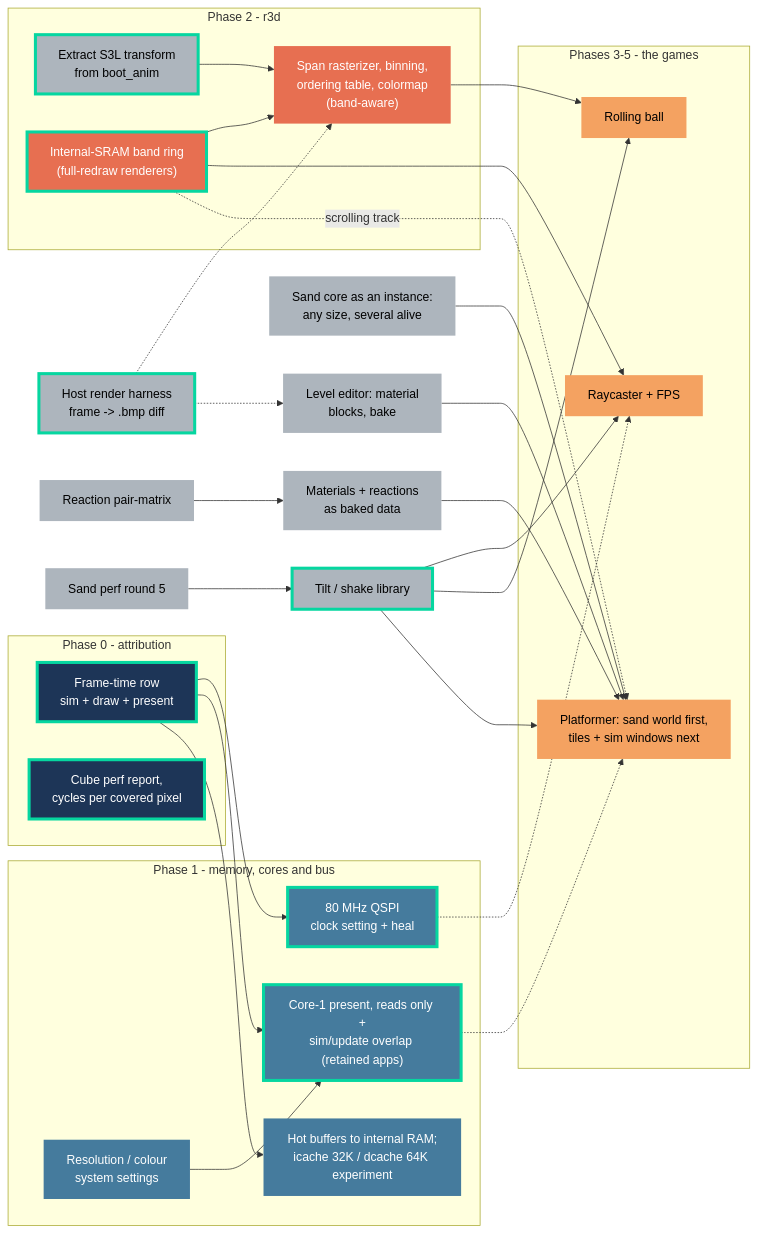
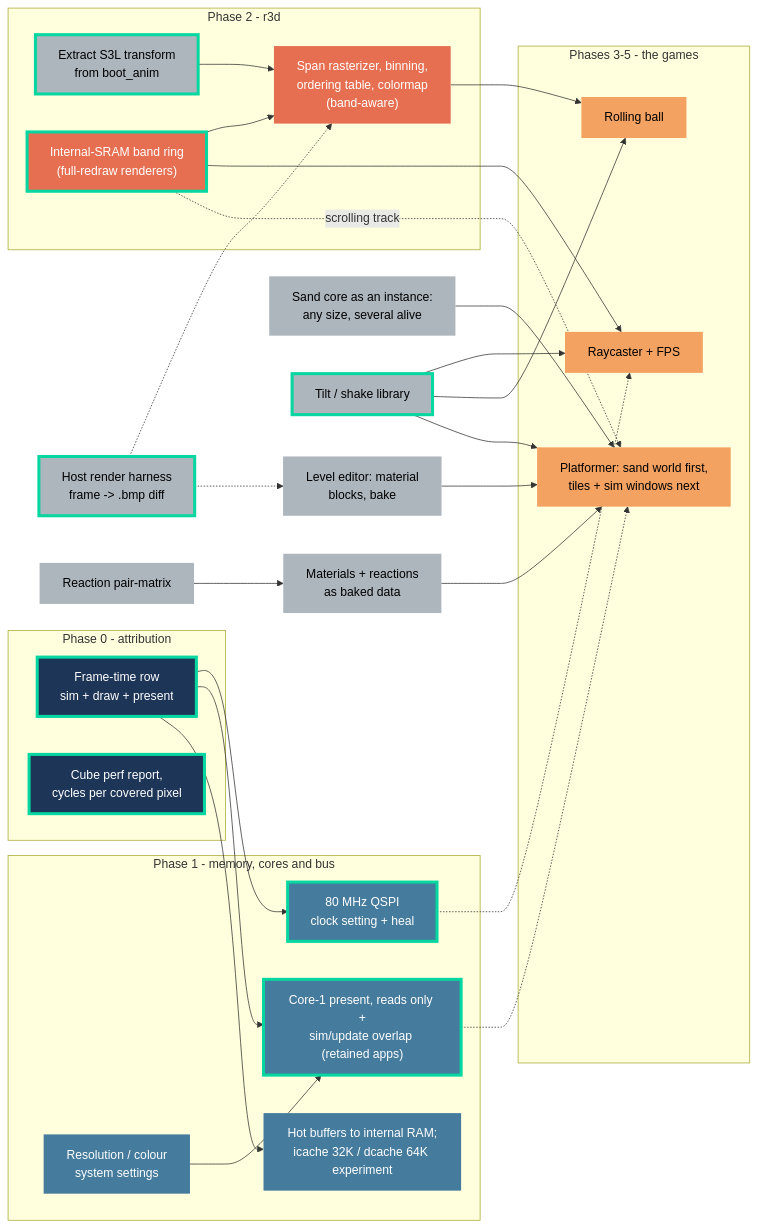
One commit to jose-villegas/autana changed the first of 2 diagrams in docs/Autana-Rendering-Roadmap.md. Above: the diagram before and after it, drawn with Mermaid. The commit also changed other lines of this file and 2 other files, not shown here.

First line of the commit message:
docs: the layer map's edge-order note, tilt and oil-roll wording

````diff
--- a/docs/Autana-Rendering-Roadmap.md
+++ b/docs/Autana-Rendering-Roadmap.md
@@ -29,61 +29,59 @@
 ```mermaid
 flowchart LR
   classDef p0 fill:#1d3557,color:#fff,stroke:none
   classDef p1 fill:#457b9d,color:#fff,stroke:none
   classDef p2 fill:#e76f51,color:#fff,stroke:none
   classDef game fill:#f4a261,color:#000,stroke:none
   classDef side fill:#adb5bd,color:#000,stroke:none
   classDef done stroke:#06d6a0,stroke-width:4px
 
   subgraph P0["Phase 0 - attribution"]
     frameTime["Frame-time row<br/>sim + draw + present"]:::p0
     cubePerf["Cube perf report,<br/>cycles per covered pixel"]:::p0
   end
   subgraph P1["Phase 1 - memory, cores and bus"]
     busRoot["80 MHz QSPI<br/>clock setting + heal"]:::p1
     corePresent["Core-1 present, reads only +<br/>sim/update overlap (retained apps)"]:::p1
     memPlacement["Hot buffers to internal RAM;<br/>icache 32K / dcache 64K experiment"]:::p1
     resSettings["Resolution / colour<br/>system settings"]:::p1
   end
   subgraph P2["Phase 2 - r3d"]
     s3lExtract["Extract S3L transform<br/>from boot_anim"]:::side
     bandRing["Internal-SRAM band ring<br/>(full-redraw renderers)"]:::p2
     rasterizer["Span rasterizer, binning,<br/>ordering table, colormap<br/>(band-aware)"]:::p2
   end
   subgraph G["Phases 3-5 - the games"]
     raycaster["Raycaster + FPS"]:::game
     rollingBall["Rolling ball"]:::game
     platformer["Platformer: sand world first,<br/>tiles + sim windows next"]:::game
   end
   hostHarness["Host render harness<br/>frame -> .bmp diff"]:::side
   levelEditor["Level editor: material<br/>blocks, bake"]:::side
   materialData["Materials + reactions<br/>as baked data"]:::side
   sandInstance["Sand core as an instance:<br/>any size, several alive"]:::side
   reactionMatrix["Reaction pair-matrix"]:::side
   tiltShake["Tilt / shake library"]:::side
-  sandPerf5["Sand perf round 5"]:::side
 
   frameTime --> busRoot
   frameTime --> corePresent
   frameTime --> memPlacement
   resSettings --> corePresent
   bandRing --> rasterizer
   s3lExtract --> rasterizer
   bandRing --> raycaster
   tiltShake --> raycaster
   rasterizer --> rollingBall
   tiltShake --> rollingBall
   levelEditor --> platformer
   materialData --> platformer
   sandInstance --> platformer
   tiltShake --> platformer
   reactionMatrix --> materialData
   bandRing -.->|scrolling track| platformer
-  sandPerf5 --> tiltShake
   hostHarness -.-> rasterizer
   hostHarness -.-> levelEditor
   busRoot -.-> raycaster
   corePresent -.-> platformer
 
   class frameTime,cubePerf,busRoot,corePresent,bandRing,hostHarness,s3lExtract,tiltShake done
 ```
````
